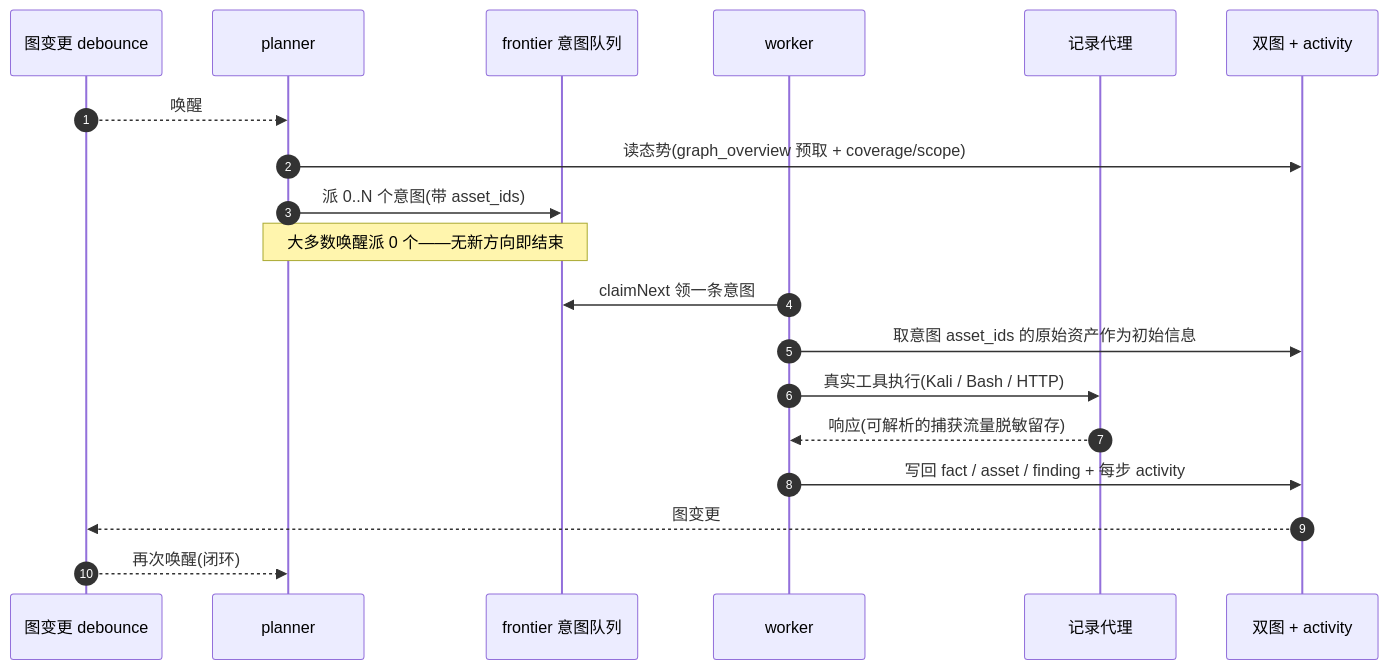
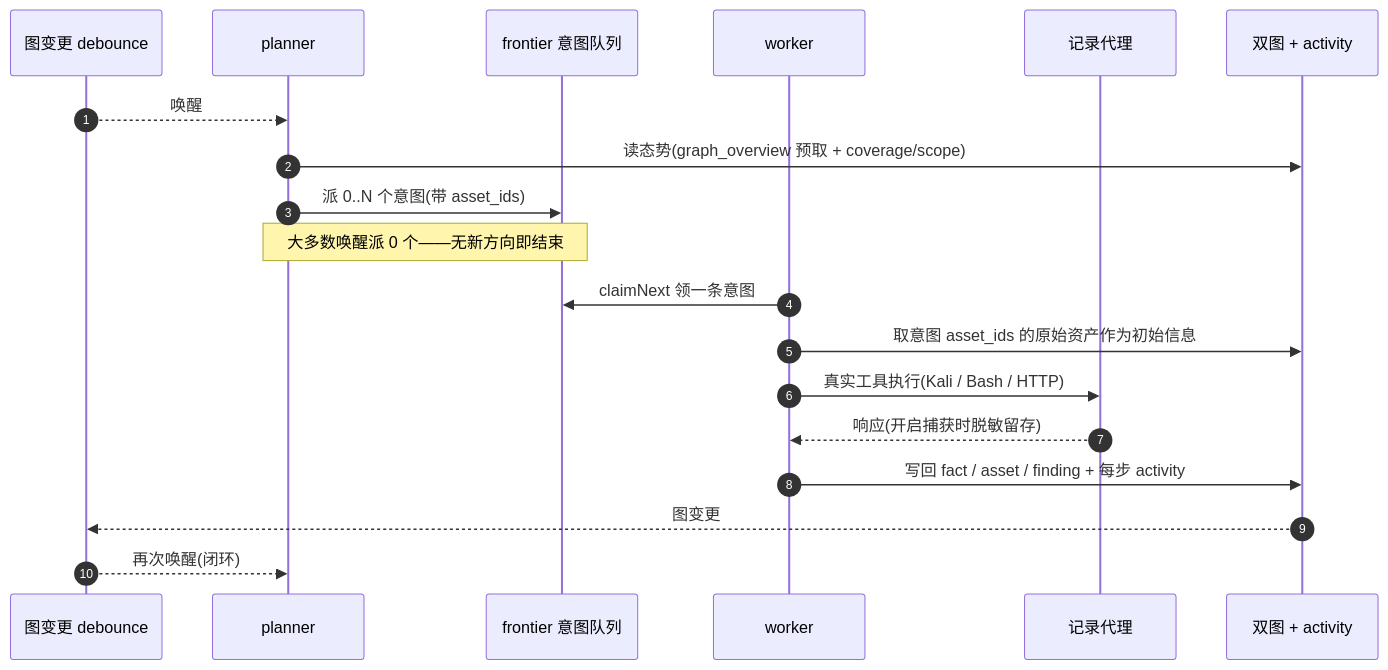
One commit to jacketser/ARTEX- changed the third of 5 diagrams in README.md. Above: the diagram before and after it, drawn with Mermaid. The commit also changed other lines of this file and 26 other files, not shown here.

````diff
--- a/README.md
+++ b/README.md
@@ -419,22 +423,22 @@
 ```mermaid
 sequenceDiagram
   autonumber
   participant EV as 图变更 debounce
   participant P as planner
   participant FR as frontier 意图队列
   participant W as worker
   participant PX as 记录代理
   participant DB as 双图 + activity
 
   EV-->>P: 唤醒
   P->>DB: 读态势(graph_overview 预取 + coverage/scope)
   P->>FR: 派 0..N 个意图(带 asset_ids)
   Note over P,FR: 大多数唤醒派 0 个——无新方向即结束
   W->>FR: claimNext 领一条意图
   W->>DB: 取意图 asset_ids 的原始资产作为初始信息
   W->>PX: 真实工具执行(Kali / Bash / HTTP)
-  PX-->>W: 响应(可解析的捕获流量脱敏留存)
+  PX-->>W: 响应(开启捕获时脱敏留存)
   W->>DB: 写回 fact / asset / finding + 每步 activity
   DB-->>EV: 图变更
   EV-->>P: 再次唤醒(闭环)
 ```
````
